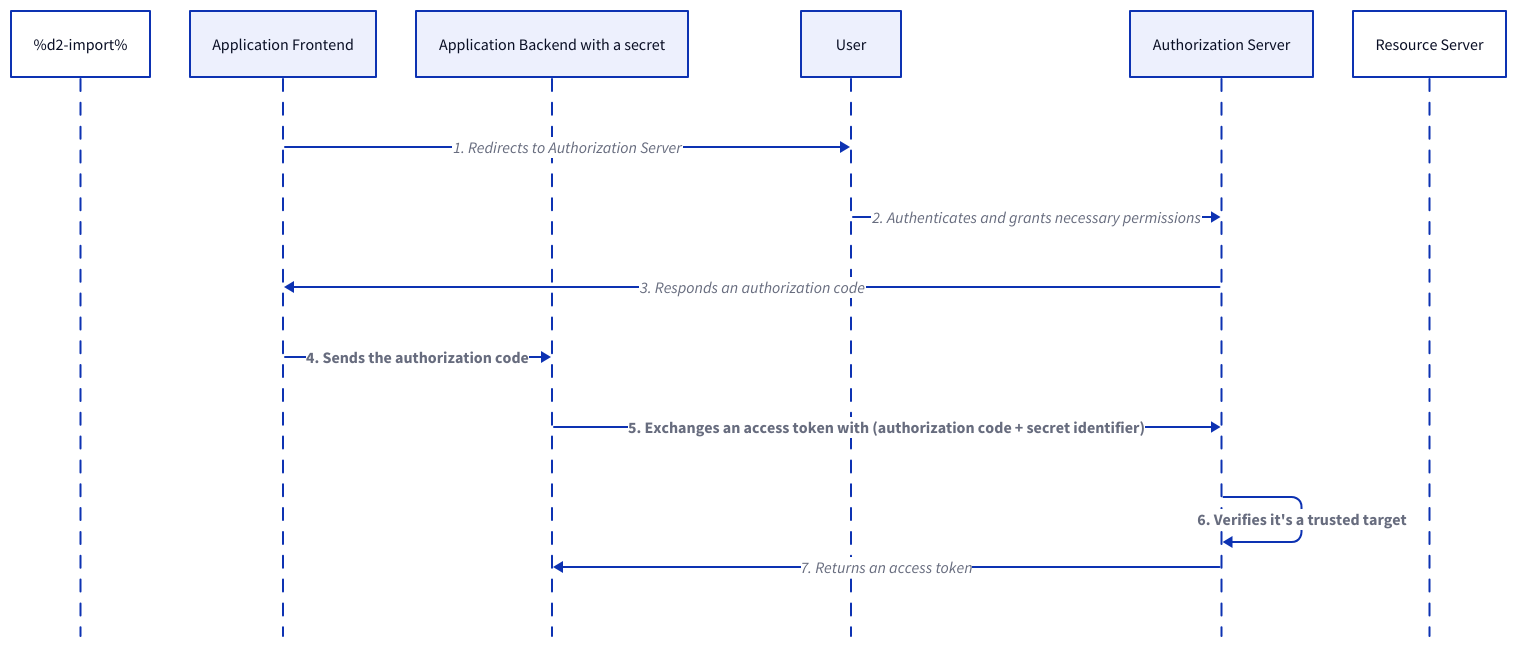
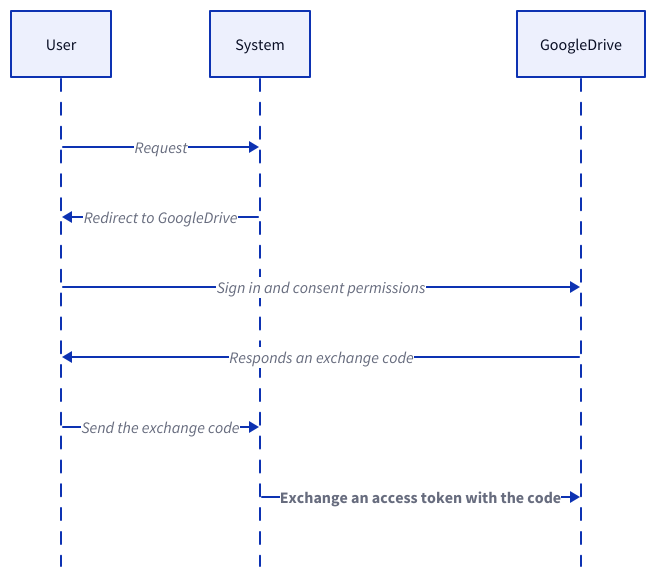
One commit to link1905/system-design-101 changed diagram 22 of 23 in content/docs/system-administration/system-protection/iam.md. Above: the diagram before and after it, drawn with D2. The commit also changed other lines of this file and 4 other files, not shown here.

````diff
--- a/content/docs/system-administration/system-protection/iam.md
+++ b/content/docs/system-administration/system-protection/iam.md
@@ -644,32 +779,20 @@
 ```d2
-%d2-import%
 shape: sequence_diagram
-cf: Application Frontend {
-  class: browser
+u: User {
+  class: client
 }
-cb: Application Backend with a secret {
+s: System {
   class: server
 }
-u: User {
-  class: user
+g: GoogleDrive {
+  class: google
 }
-a: Authorization Server {
-  class: server
-}
-rs: Resource Server {
-  class: res
-}
-cf -> u: 1. Redirects to Authorization Server
-u -> a: 2. Authenticates and grants necessary permissions
-a -> cf: 3. Responds an authorization code
-cf -> cb: 4. Sends the authorization code {
+u -> s: Request
+s -> u: Redirect to GoogleDrive
+u -> g: Sign in and consent permissions
+g -> u: Responds an exchange code
+u -> s: Send the exchange code
+s -> g: Exchange an access token with the code {
   style.bold: true
 }
-cb -> a: 5. Exchanges an access token with (authorization code + secret identifier) {
-  style.bold: true
-}
-a -> a: 6. Verifies it's a trusted target {
-  style.bold: true
-}
-a -> cb: 7. Returns an access token
 ```
````
